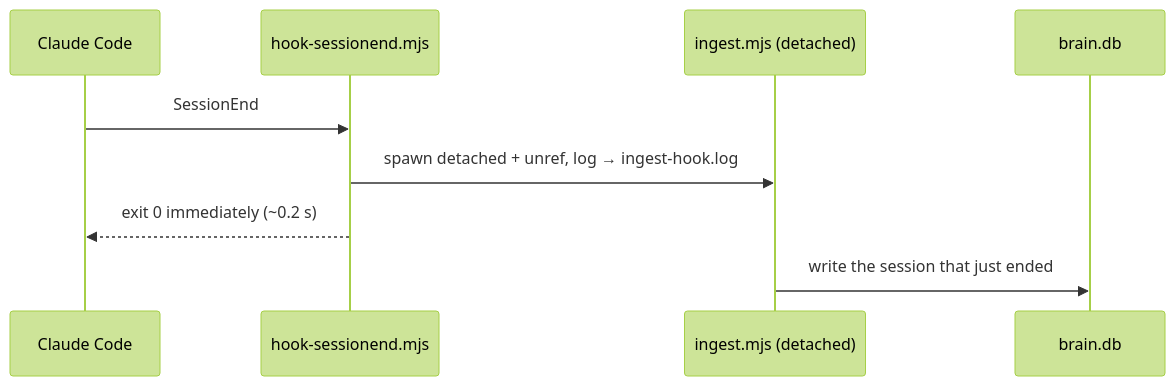
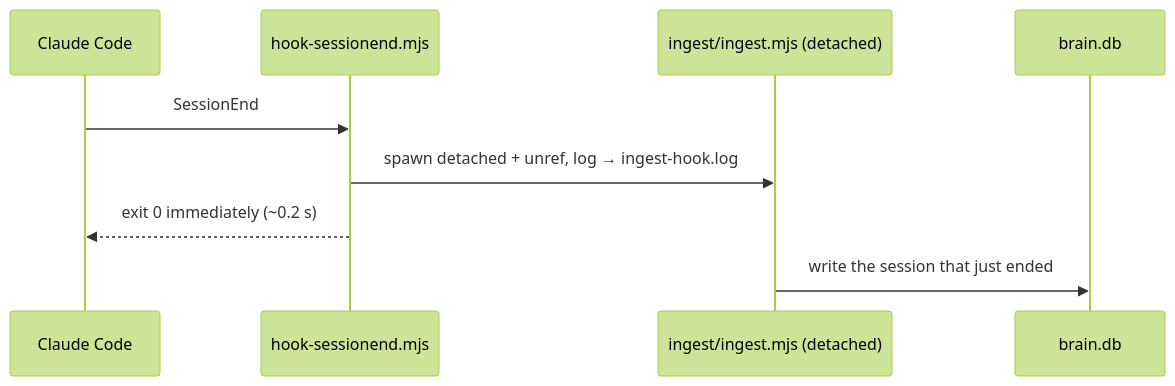
One commit to hienct-fpt/personal-brain changed the third of 5 diagrams in docs/PLAN.md. Above: the diagram before and after it, drawn with Mermaid (forest theme). The commit also changed other lines of this file and 22 other files, not shown here.

````diff
--- a/docs/PLAN.md
+++ b/docs/PLAN.md
@@ -78,11 +78,11 @@
 ```mermaid
 sequenceDiagram
   participant CC as Claude Code
   participant H as hook-sessionend.mjs
-  participant I as ingest.mjs (detached)
+  participant I as ingest/ingest.mjs (detached)
   participant DB as brain.db
   CC->>H: SessionEnd
   H->>I: spawn detached + unref, log → ingest-hook.log
   H-->>CC: exit 0 immediately (~0.2 s)
   I->>DB: write the session that just ended
 ```
````
